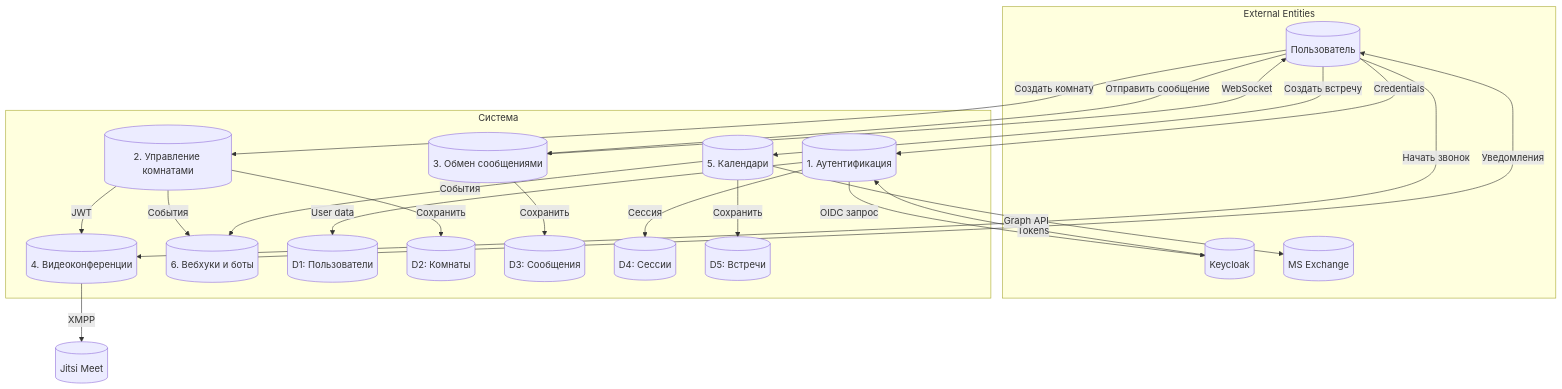
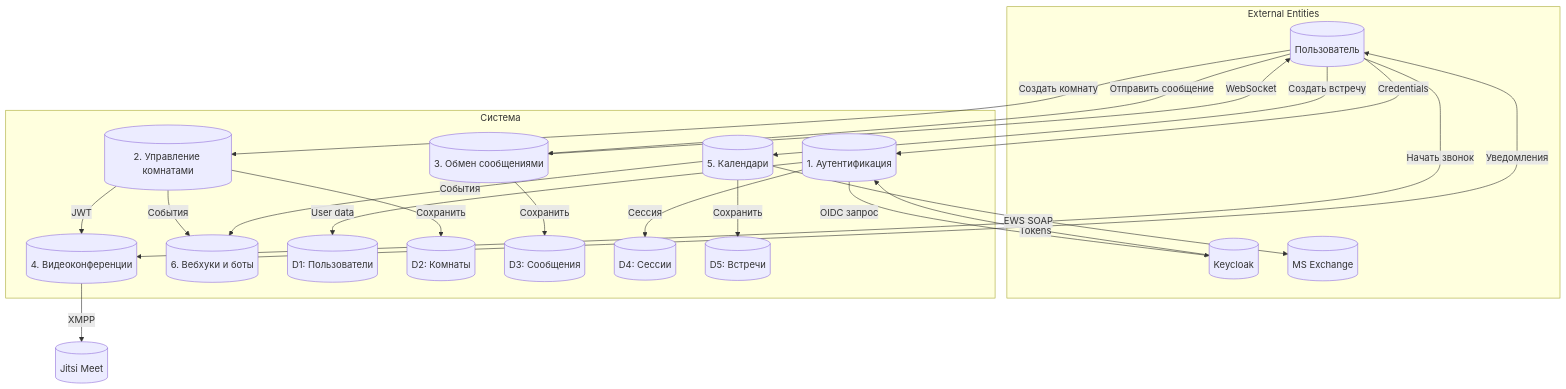
Before and after one commit to qmish/Focus: the second of 13 diagrams in docs/DataFlow.md, drawn with Mermaid. The commit also changed other lines of this file and 49 other files, not shown here.

````diff
--- a/docs/DataFlow.md
+++ b/docs/DataFlow.md
@@ -34,48 +34,48 @@
 ```mermaid
 graph TB
     subgraph "External Entities"
         User[("Пользователь")]
         Keycloak[("Keycloak")]
         Exchange[("MS Exchange")]
     end
 
     subgraph "Система"
         P1[("1. Аутентификация")]
         P2[("2. Управление комнатами")]
         P3[("3. Обмен сообщениями")]
         P4[("4. Видеоконференции")]
         P5[("5. Календари")]
         P6[("6. Вебхуки и боты")]
 
         D1[("D1: Пользователи")]
         D2[("D2: Комнаты")]
         D3[("D3: Сообщения")]
         D4[("D4: Сессии")]
         D5[("D5: Встречи")]
     end
 
     User -->|Credentials| P1
     P1 -->|OIDC запрос| Keycloak
     Keycloak -->|Tokens| P1
     P1 -->|Сессия| D4
     P1 -->|User data| D1
 
     User -->|Создать комнату| P2
     P2 -->|Сохранить| D2
     P2 -->|JWT| P4
 
     User -->|Отправить сообщение| P3
     P3 -->|Сохранить| D3
     P3 -->|WebSocket| User
 
     User -->|Начать звонок| P4
     P4 -->|XMPP| Jitsi[("Jitsi Meet")]
 
     User -->|Создать встречу| P5
-    P5 -->|Graph API| Exchange
+    P5 -->|EWS SOAP| Exchange
     P5 -->|Сохранить| D5
 
     P2 -->|События| P6
     P5 -->|События| P6
     P6 -->|Уведомления| User
 ```
````
